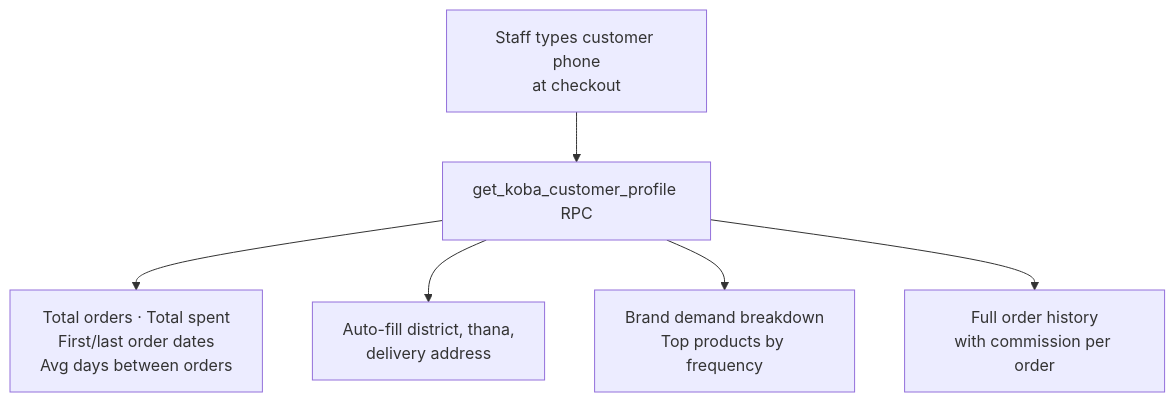
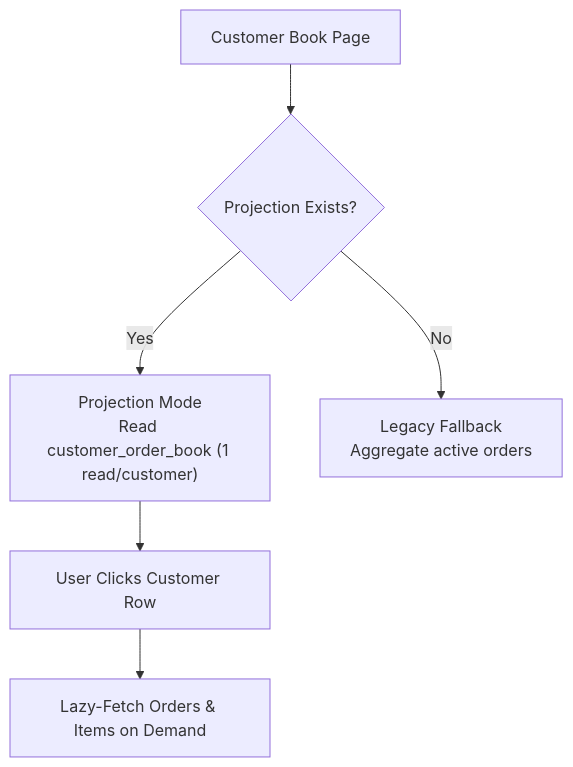
The fifth of 5 diagrams in src/content/projects/13-kbeauty-dropship.md (marceldavidbaroi/portfolio-astro), drawn with Mermaid before and after one commit. The commit also changed other lines of this file and 59 other files, not shown here.

````diff
--- a/src/content/projects/13-kbeauty-dropship.md
+++ b/src/content/projects/13-kbeauty-dropship.md
@@ -279,8 +261,8 @@
 ```mermaid
 flowchart TD
-    PHONE["Staff types customer phone<br/>at checkout"] --> LOOKUP["get_koba_customer_profile RPC"]
-    LOOKUP --> OVERVIEW["Total orders · Total spent<br/>First/last order dates<br/>Avg days between orders"]
-    LOOKUP --> LOCATION["Auto-fill district, thana,<br/>delivery address"]
-    LOOKUP --> DEMAND["Brand demand breakdown<br/>Top products by frequency"]
-    LOOKUP --> HISTORY["Full order history<br/>with commission per order"]
+    CRM["Customer Book Page"] --> CHECK{"Projection Exists?"}
+    CHECK -- Yes --> PROJ["Projection Mode<br/>Read customer_order_book (1 read/customer)"]
+    CHECK -- No --> FALLBACK["Legacy Fallback<br/>Aggregate active orders"]
+    PROJ --> ROW["User Clicks Customer Row"]
+    ROW --> LAZY["Lazy-Fetch Orders & Items on Demand"]
 ```
````
